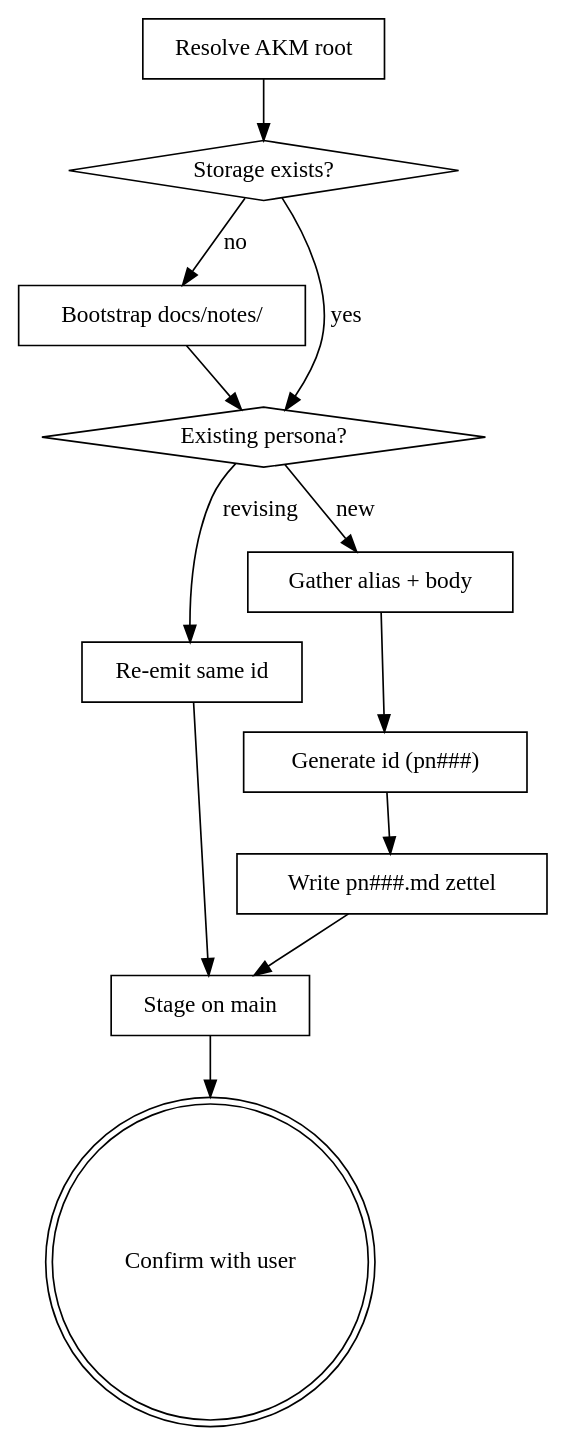
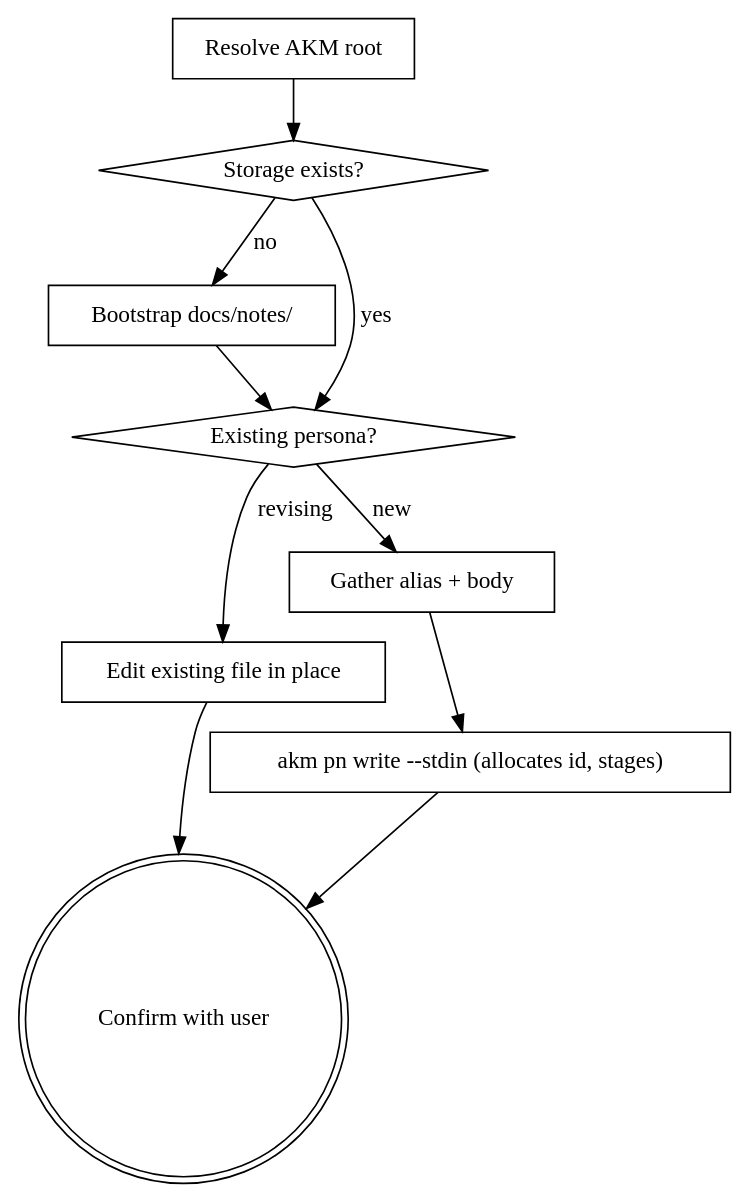
Before and after one commit to b3tchi/dotfiles: the diagram in claude/marketplace/plugins/infinifu/skills/persona-write/SKILL.md, drawn with Graphviz. The commit also changed other lines of this file and 2 other files, not shown here.

First line of the commit message:
feat(akm): pn read|list|write — sp004 type 2/6 (pn)

````diff
--- a/claude/marketplace/plugins/infinifu/skills/persona-write/SKILL.md
+++ b/claude/marketplace/plugins/infinifu/skills/persona-write/SKILL.md
@@ -118,26 +120,22 @@
 ```dot
 digraph persona_create {
     "Resolve AKM root" [shape=box];
     "Storage exists?" [shape=diamond];
     "Bootstrap docs/notes/" [shape=box];
     "Existing persona?" [shape=diamond];
-    "Re-emit same id" [shape=box];
+    "Edit existing file in place" [shape=box];
     "Gather alias + body" [shape=box];
-    "Generate id (pn###)" [shape=box];
-    "Write pn###.md zettel" [shape=box];
-    "Stage on main" [shape=box];
+    "akm pn write --stdin (allocates id, stages)" [shape=box];
     "Confirm with user" [shape=doublecircle];
 
     "Resolve AKM root" -> "Storage exists?";
     "Storage exists?" -> "Bootstrap docs/notes/" [label="no"];
     "Storage exists?" -> "Existing persona?" [label="yes"];
     "Bootstrap docs/notes/" -> "Existing persona?";
-    "Existing persona?" -> "Re-emit same id" [label="revising"];
+    "Existing persona?" -> "Edit existing file in place" [label="revising"];
     "Existing persona?" -> "Gather alias + body" [label="new"];
-    "Re-emit same id" -> "Stage on main";
-    "Gather alias + body" -> "Generate id (pn###)";
-    "Generate id (pn###)" -> "Write pn###.md zettel";
-    "Write pn###.md zettel" -> "Stage on main";
-    "Stage on main" -> "Confirm with user";
+    "Edit existing file in place" -> "Confirm with user";
+    "Gather alias + body" -> "akm pn write --stdin (allocates id, stages)";
+    "akm pn write --stdin (allocates id, stages)" -> "Confirm with user";
 }
 ```
````
